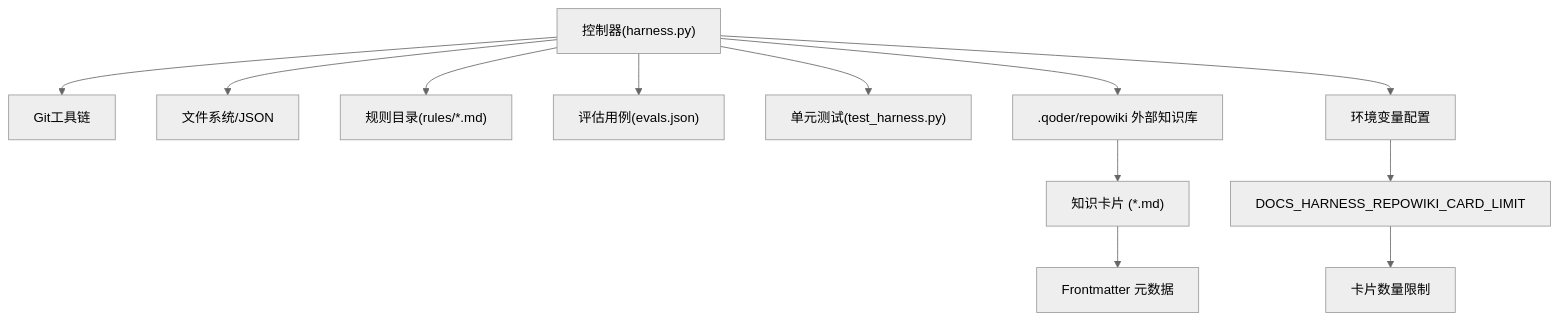
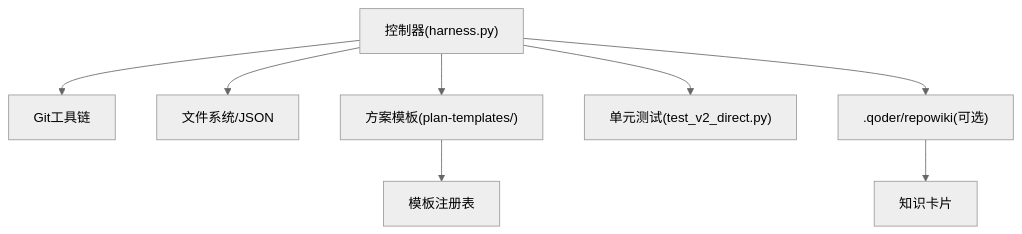
Before and after one commit to HackSing/docs-harness: the fourth of 4 diagrams in .qoder/repowiki/zh/content/核心概念/知识图谱系统/知识图谱系统.md, drawn with Mermaid (neutral theme). The commit also changed other lines of this file and 42 other files, not shown here.

````diff
--- a/.qoder/repowiki/zh/content/核心概念/知识图谱系统/知识图谱系统.md
+++ b/.qoder/repowiki/zh/content/核心概念/知识图谱系统/知识图谱系统.md
@@ -353,14 +214,10 @@
 ```mermaid
 graph TB
 Controller["控制器(harness.py)"] --> Git["Git工具链"]
 Controller --> FS["文件系统/JSON"]
-Controller --> Rules["规则目录(rules/*.md)"]
-Controller --> Eval["评估用例(evals.json)"]
-Controller --> Tests["单元测试(test_harness.py)"]
-Controller --> ExternalKB[".qoder/repowiki 外部知识库"]
-Controller --> EnvVars["环境变量配置"]
-ExternalKB --> Cards["知识卡片 (*.md)"]
-Cards --> Frontmatter["Frontmatter 元数据"]
-EnvVars --> CardLimit["DOCS_HARNESS_REPOWIKI_CARD_LIMIT"]
-CardLimit --> LimitValue["卡片数量限制"]
+Controller --> Templates["方案模板(plan-templates/)"]
+Controller --> Tests["单元测试(test_v2_direct.py)"]
+Controller --> ExternalKB[".qoder/repowiki(可选)"]
+Templates --> Registry["模板注册表"]
+ExternalKB --> Cards["知识卡片"]
 ```
````
